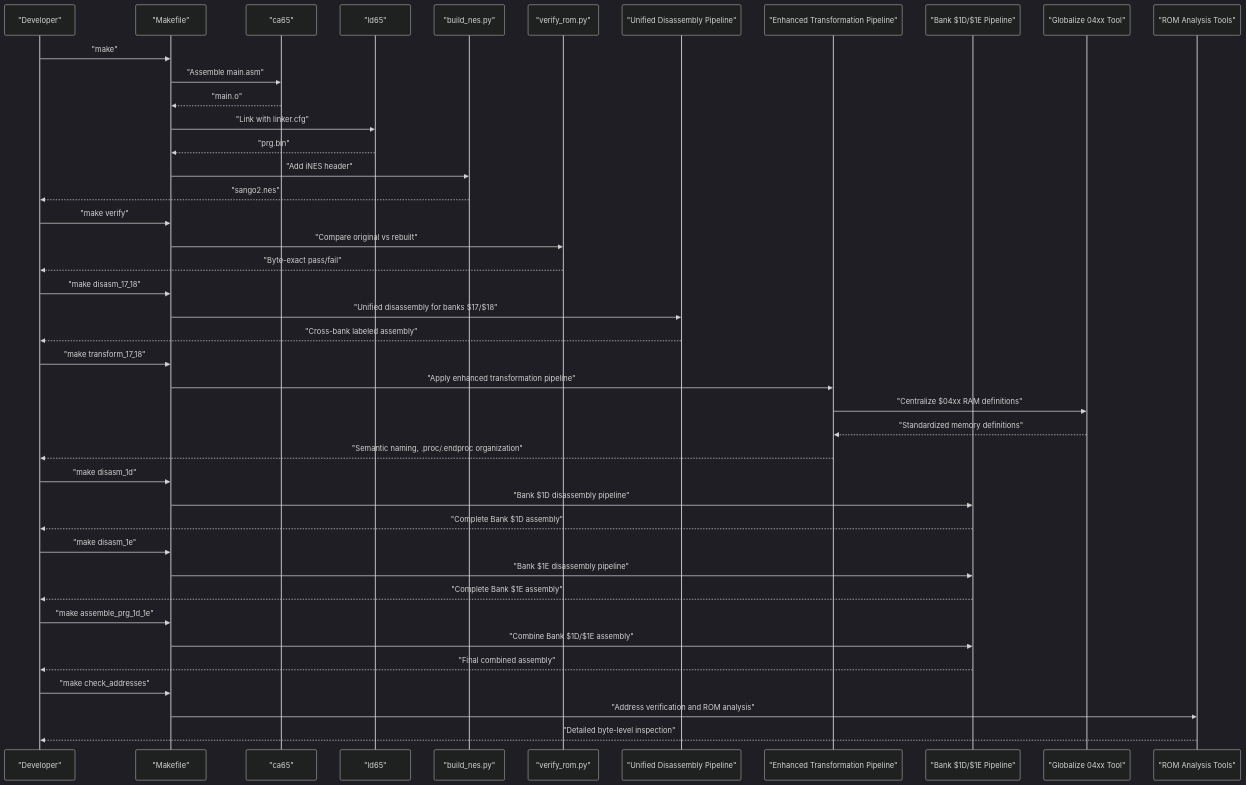
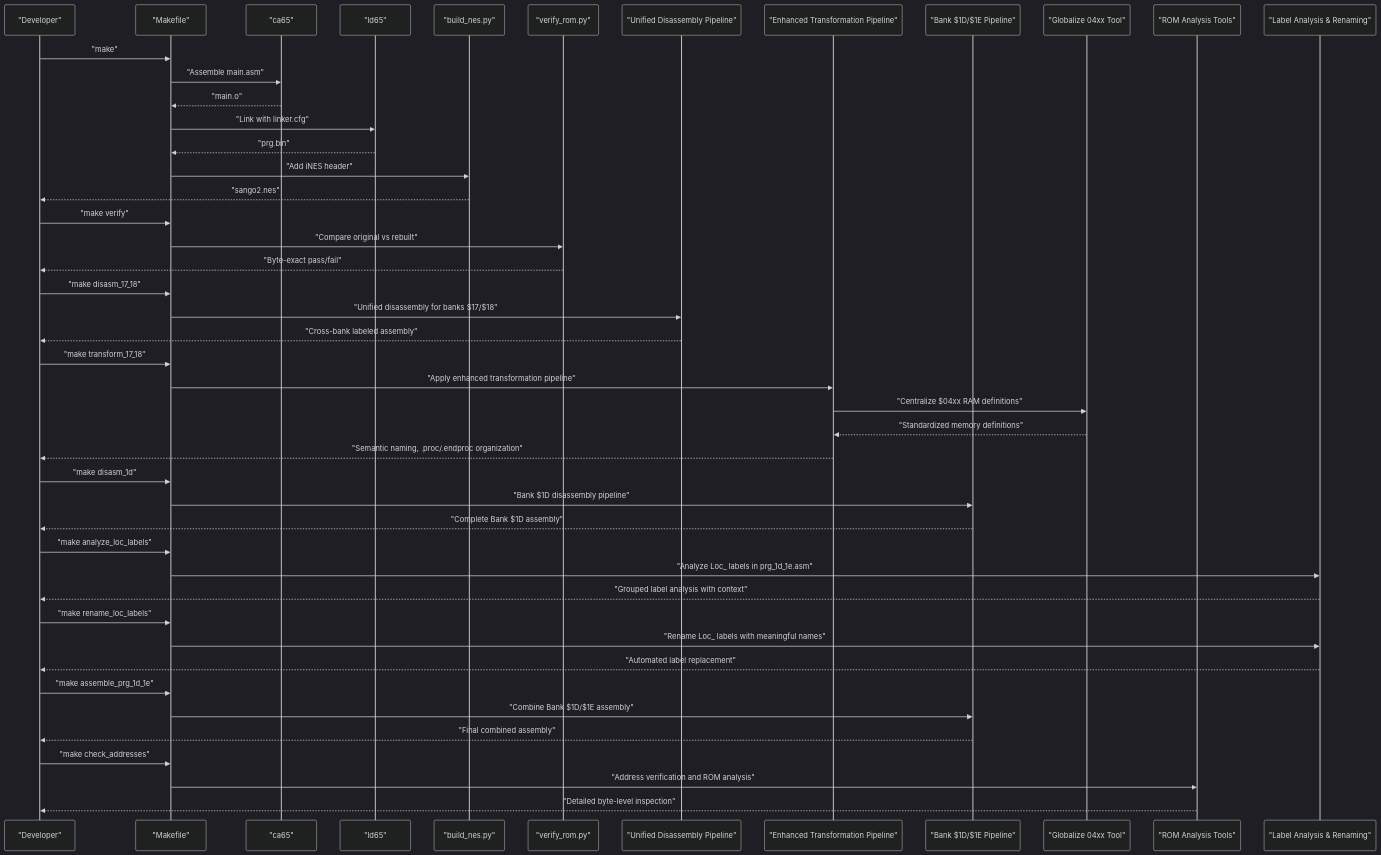
Before and after one commit to rabbyzero/sango2dasm: the second of 15 diagrams in .qoder/repowiki/en/content/Build System and Tools/Build System and Tools.md, drawn with Mermaid (dark theme). The commit also changed other lines of this file and 10 other files, not shown here.

Commit message:
prg bank $1d $1e analysis WIP

````diff
--- a/.qoder/repowiki/en/content/Build System and Tools/Build System and Tools.md
+++ b/.qoder/repowiki/en/content/Build System and Tools/Build System and Tools.md
@@ -333,44 +352,48 @@
 ```mermaid
 sequenceDiagram
 participant Dev as "Developer"
 participant MK as "Makefile"
 participant CA as "ca65"
 participant LD as "ld65"
 participant BN as "build_nes.py"
 participant VR as "verify_rom.py"
 participant UD as "Unified Disassembly Pipeline"
 participant TP as "Enhanced Transformation Pipeline"
 participant B1D1E as "Bank $1D/$1E Pipeline"
 participant GC as "Globalize 04xx Tool"
 participant RA as "ROM Analysis Tools"
+participant LA as "Label Analysis & Renaming"
 Dev->>MK : "make"
 MK->>CA : "Assemble main.asm"
 CA-->>MK : "main.o"
 MK->>LD : "Link with linker.cfg"
 LD-->>MK : "prg.bin"
 MK->>BN : "Add iNES header"
 BN-->>Dev : "sango2.nes"
 Dev->>MK : "make verify"
 MK->>VR : "Compare original vs rebuilt"
 VR-->>Dev : "Byte-exact pass/fail"
 Dev->>MK : "make disasm_17_18"
 MK->>UD : "Unified disassembly for banks $17/$18"
 UD-->>Dev : "Cross-bank labeled assembly"
 Dev->>MK : "make transform_17_18"
 MK->>TP : "Apply enhanced transformation pipeline"
 TP->>GC : "Centralize $04xx RAM definitions"
 GC-->>TP : "Standardized memory definitions"
 TP-->>Dev : "Semantic naming, .proc/.endproc organization"
 Dev->>MK : "make disasm_1d"
 MK->>B1D1E : "Bank $1D disassembly pipeline"
 B1D1E-->>Dev : "Complete Bank $1D assembly"
-Dev->>MK : "make disasm_1e"
-MK->>B1D1E : "Bank $1E disassembly pipeline"
-B1D1E-->>Dev : "Complete Bank $1E assembly"
+Dev->>MK : "make analyze_loc_labels"
+MK->>LA : "Analyze Loc_ labels in prg_1d_1e.asm"
+LA-->>Dev : "Grouped label analysis with context"
+Dev->>MK : "make rename_loc_labels"
+MK->>LA : "Rename Loc_ labels with meaningful names"
+LA-->>Dev : "Automated label replacement"
 Dev->>MK : "make assemble_prg_1d_1e"
 MK->>B1D1E : "Combine Bank $1D/$1E assembly"
 B1D1E-->>Dev : "Final combined assembly"
 Dev->>MK : "make check_addresses"
 MK->>RA : "Address verification and ROM analysis"
 RA-->>Dev : "Detailed byte-level inspection"
 ```
````
